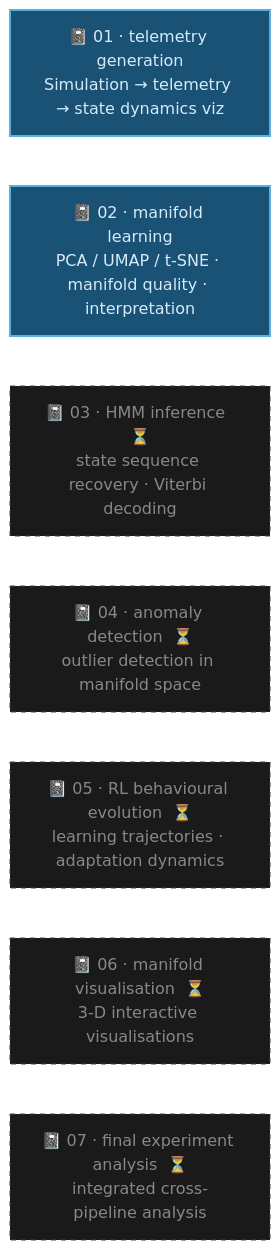
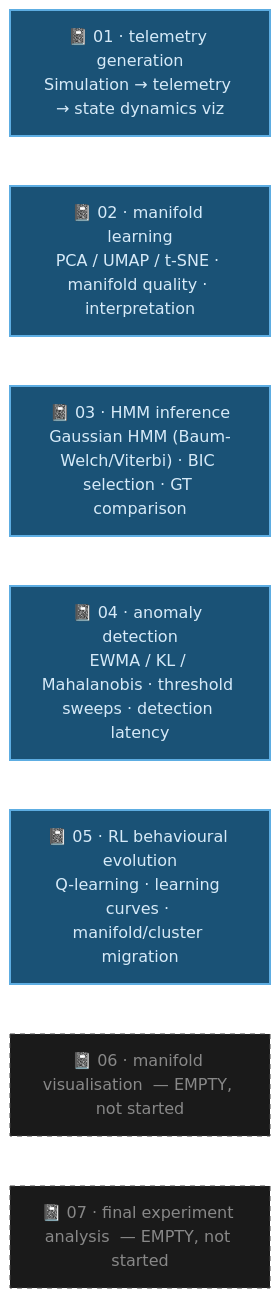
One commit to PardhuSreeRushiVarma20060119/lbsm-research changed the sixth of 6 diagrams in docs/references/ARCHITECTURE_DIAGRAM-mermaid.md. Above: the diagram before and after it, drawn with Mermaid. The commit also changed other lines of this file and 27 other files, not shown here.

````diff
--- a/docs/references/ARCHITECTURE_DIAGRAM-mermaid.md
+++ b/docs/references/ARCHITECTURE_DIAGRAM-mermaid.md
@@ -201,16 +213,16 @@
 ```mermaid
 %%{init: {"theme": "base", "themeVariables": {"primaryColor": "#1e1e2e", "primaryTextColor": "#ffffff", "primaryBorderColor": "#555", "lineColor": "#ffffff", "secondaryColor": "#2a2a2a", "tertiaryColor": "#2a2a2a", "background": "#0d0d0d", "mainBkg": "#2a2a2a", "nodeBorder": "#555", "clusterBkg": "#2a2a2a", "clusterBorder": "#555555", "titleColor": "#ffffff", "edgeLabelBackground": "#1a1a1a", "fontFamily": "monospace"}}}%%
 flowchart TD
     classDef active  fill:#1a5276,stroke:#5dade2,color:#d6eaf8,stroke-width:2px
-    classDef planned fill:#1a1a1a,stroke:#444,color:#888,stroke-width:1px,stroke-dasharray:5 5
+    classDef empty fill:#1a1a1a,stroke:#444,color:#888,stroke-width:1px,stroke-dasharray:5 5
 
     N1["📓 01 · telemetry generation\nSimulation → telemetry → state dynamics viz"]:::active
     N2["📓 02 · manifold learning\nPCA / UMAP / t-SNE · manifold quality · interpretation"]:::active
-    N3["📓 03 · HMM inference  ⏳\nstate sequence recovery · Viterbi decoding"]:::planned
-    N4["📓 04 · anomaly detection  ⏳\noutlier detection in manifold space"]:::planned
-    N5["📓 05 · RL behavioural evolution  ⏳\nlearning trajectories · adaptation dynamics"]:::planned
-    N6["📓 06 · manifold visualisation  ⏳\n3-D interactive visualisations"]:::planned
-    N7["📓 07 · final experiment analysis  ⏳\nintegrated cross-pipeline analysis"]:::planned
+    N3["📓 03 · HMM inference\nGaussian HMM (Baum-Welch/Viterbi) · BIC selection · GT comparison"]:::active
+    N4["📓 04 · anomaly detection\nEWMA / KL / Mahalanobis · threshold sweeps · detection latency"]:::active
+    N5["📓 05 · RL behavioural evolution\nQ-learning · learning curves · manifold/cluster migration"]:::active
+    N6["📓 06 · manifold visualisation  — EMPTY, not started"]:::empty
+    N7["📓 07 · final experiment analysis  — EMPTY, not started"]:::empty
 
     N1 --> N2 --> N3 --> N4 --> N5 --> N6 --> N7
 ```
````
